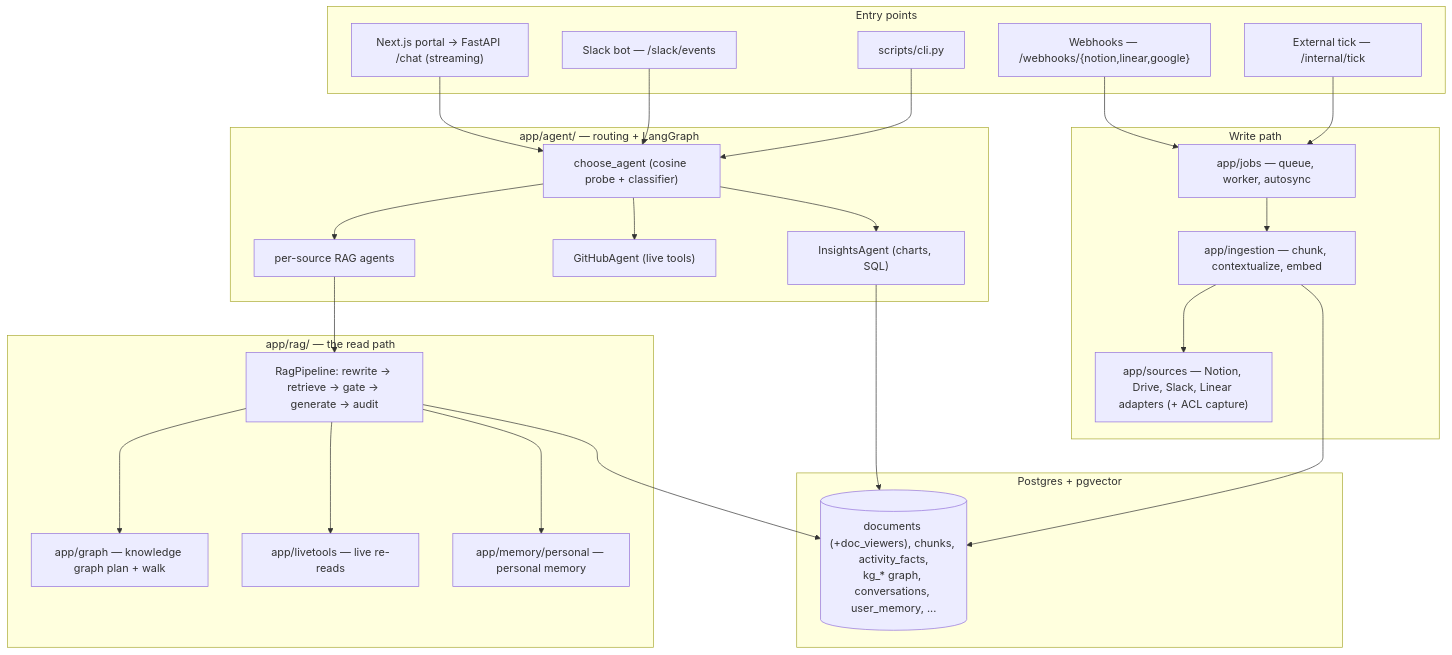
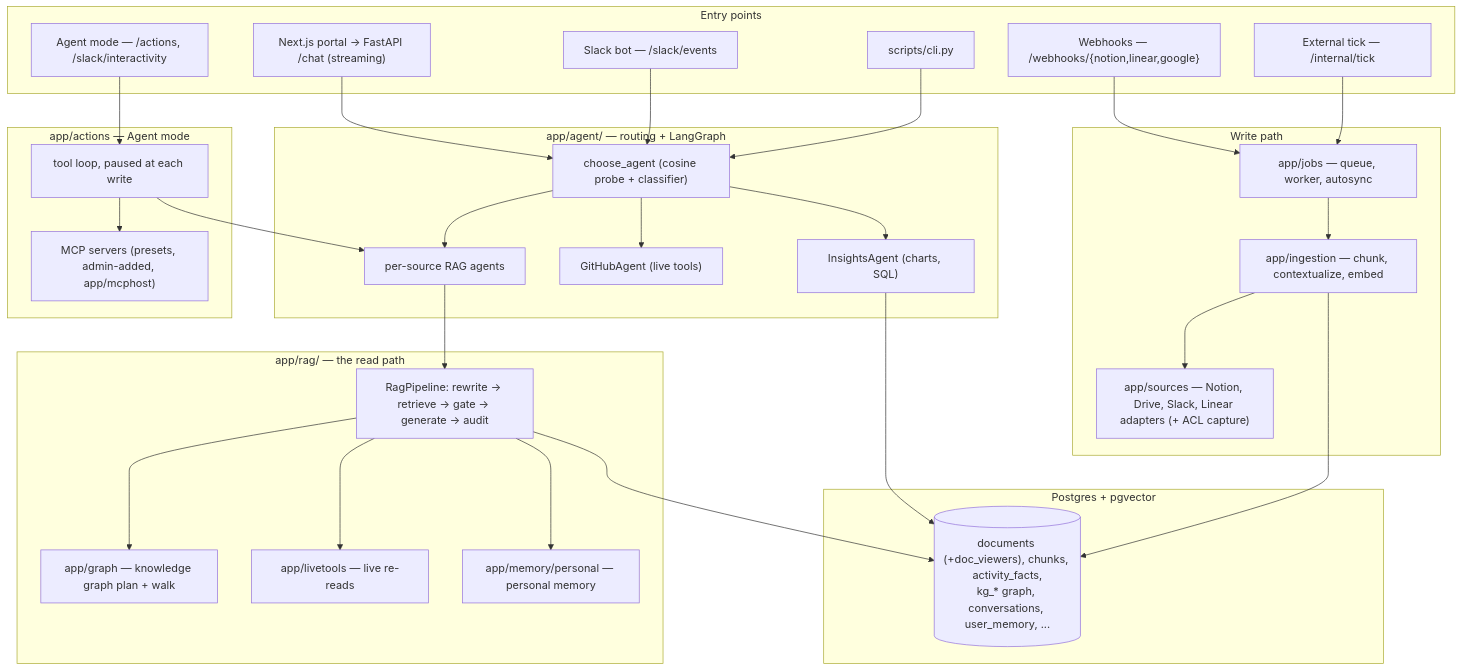
One commit to blockgroot/RAG-Engine changed the first of 2 diagrams in ARCHITECTURE.md. Above: the diagram before and after it, drawn with Mermaid. The commit also changed other lines of this file and 347 other files, not shown here.

````diff
--- a/ARCHITECTURE.md
+++ b/ARCHITECTURE.md
@@ -66,41 +68,49 @@
 ```mermaid
 flowchart TB
     subgraph Edges["Entry points"]
         WEB["Next.js portal → FastAPI /chat (streaming)"]
         SLK["Slack bot — /slack/events"]
         HOOK["Webhooks — /webhooks/{notion,linear,google}"]
         TICK["External tick — /internal/tick"]
         CLI["scripts/cli.py"]
+        ACT["Agent mode — /actions, /slack/interactivity"]
     end
 
     subgraph Agents["app/agent/ — routing + LangGraph"]
         ROUTE["choose_agent (cosine probe + classifier)"]
         SRCA["per-source RAG agents"]
         GHA["GitHubAgent (live tools)"]
         INS["InsightsAgent (charts, SQL)"]
     end
 
     subgraph RAG["app/rag/ — the read path"]
         PIPE["RagPipeline: rewrite → retrieve → gate → generate → audit"]
         GRAPH["app/graph — knowledge graph plan + walk"]
         LIVE["app/livetools — live re-reads"]
         PMEM["app/memory/personal — personal memory"]
     end
 
     subgraph Write["Write path"]
         JOBS["app/jobs — queue, worker, autosync"]
         IPIPE["app/ingestion — chunk, contextualize, embed"]
         SRC["app/sources — Notion, Drive, Slack, Linear adapters (+ ACL capture)"]
     end
 
+    subgraph Writes["app/actions — Agent mode"]
+        LOOP["tool loop, paused at each write"]
+        MCP["MCP servers (presets, admin-added, app/mcphost)"]
+    end
+
     subgraph Data["Postgres + pgvector"]
         DB[("documents (+doc_viewers), chunks, activity_facts,\nkg_* graph, conversations, user_memory, ...")]
     end
 
     WEB & SLK & CLI --> ROUTE --> SRCA & GHA & INS
     SRCA --> PIPE --> GRAPH & LIVE & PMEM
     PIPE --> DB
     INS --> DB
     HOOK & TICK --> JOBS --> IPIPE --> SRC
     IPIPE --> DB
+    ACT --> LOOP --> MCP
+    LOOP --> SRCA
 ```
````
